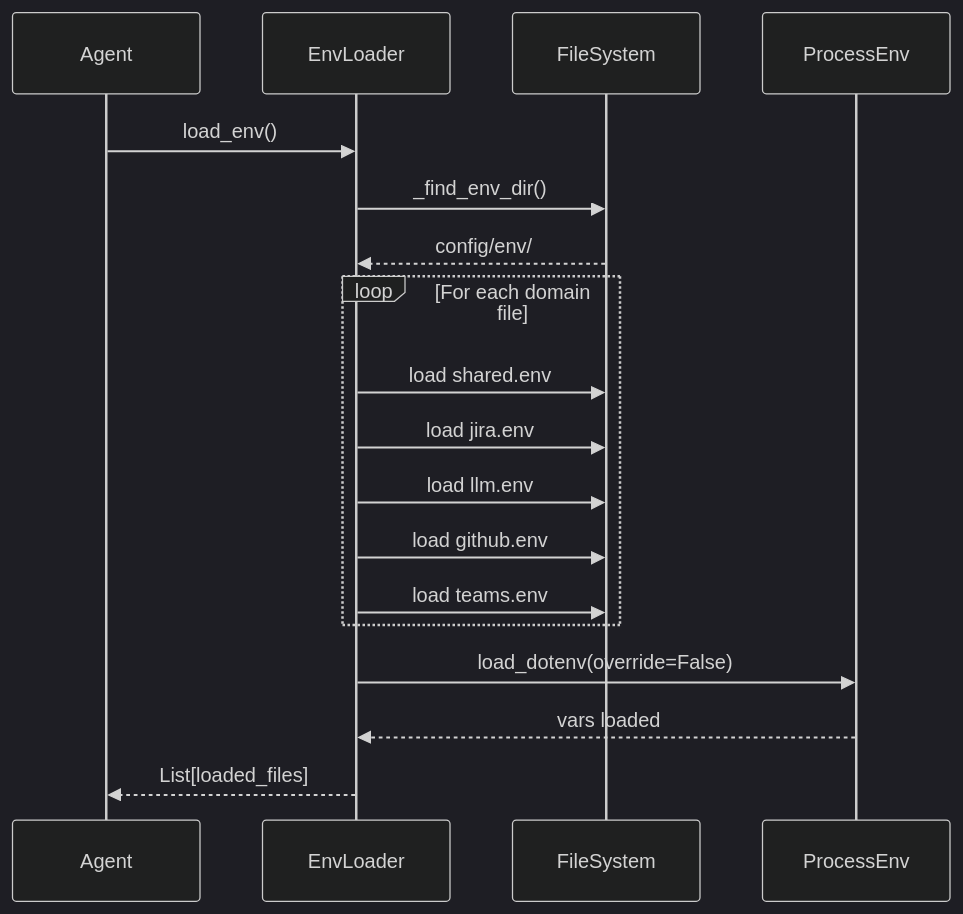
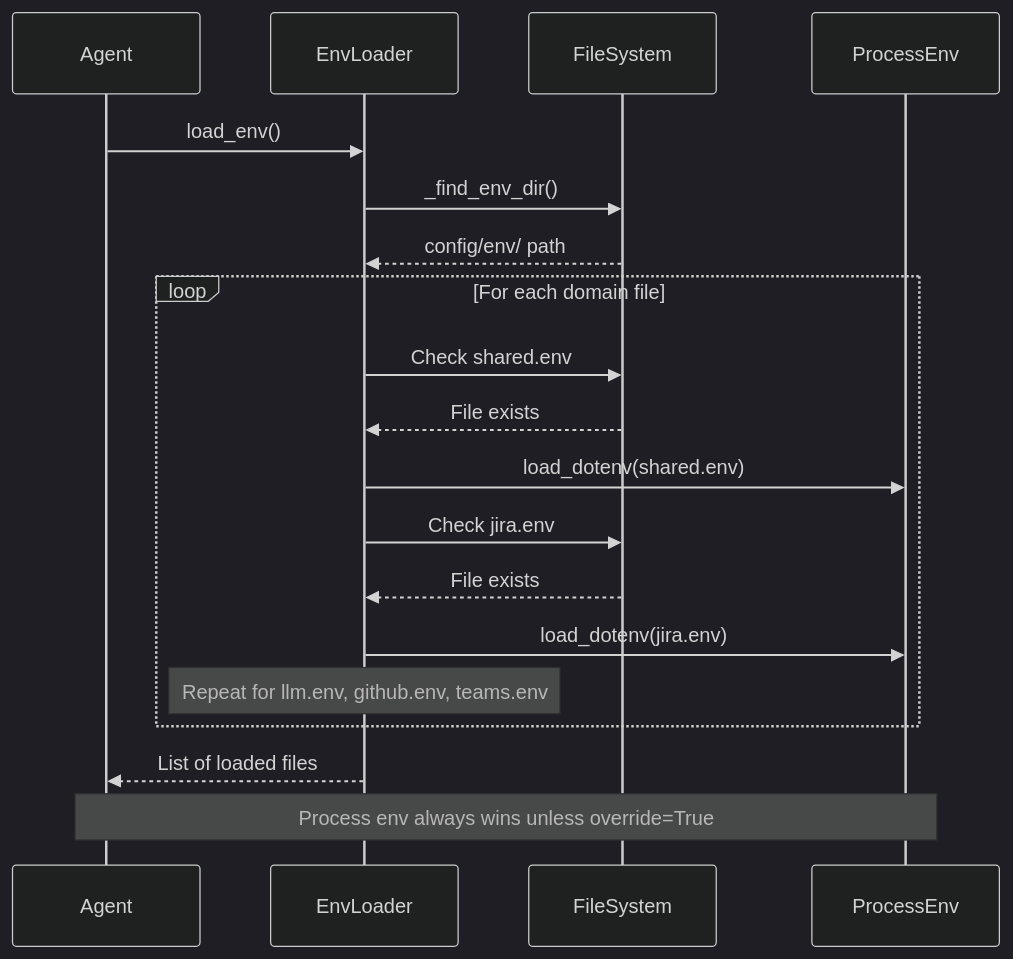
Before and after one commit to jmac-cornelis/agent-workforce: the second of 4 diagrams in docs/config.md, drawn with Mermaid (dark theme). The commit also changed other lines of this file and 7 other files, not shown here.

````diff
--- a/docs/config.md
+++ b/docs/config.md
@@ -51,23 +69,27 @@
 ```mermaid
 sequenceDiagram
     participant Agent
     participant EnvLoader
     participant FileSystem
     participant ProcessEnv
     
     Agent->>EnvLoader: load_env()
     EnvLoader->>FileSystem: _find_env_dir()
-    FileSystem-->>EnvLoader: config/env/
+    FileSystem-->>EnvLoader: config/env/ path
     
     loop For each domain file
-        EnvLoader->>FileSystem: load shared.env
-        EnvLoader->>FileSystem: load jira.env
-        EnvLoader->>FileSystem: load llm.env
-        EnvLoader->>FileSystem: load github.env
-        EnvLoader->>FileSystem: load teams.env
+        EnvLoader->>FileSystem: Check shared.env
+        FileSystem-->>EnvLoader: File exists
+        EnvLoader->>ProcessEnv: load_dotenv(shared.env)
+        
+        EnvLoader->>FileSystem: Check jira.env
+        FileSystem-->>EnvLoader: File exists
+        EnvLoader->>ProcessEnv: load_dotenv(jira.env)
+        
+        Note over EnvLoader: Repeat for llm.env, github.env, teams.env
     end
     
-    EnvLoader->>ProcessEnv: load_dotenv(override=False)
-    ProcessEnv-->>EnvLoader: vars loaded
-    EnvLoader-->>Agent: List[loaded_files]
+    EnvLoader-->>Agent: List of loaded files
+    
+    Note over Agent,ProcessEnv: Process env always wins unless override=True
 ```
````
